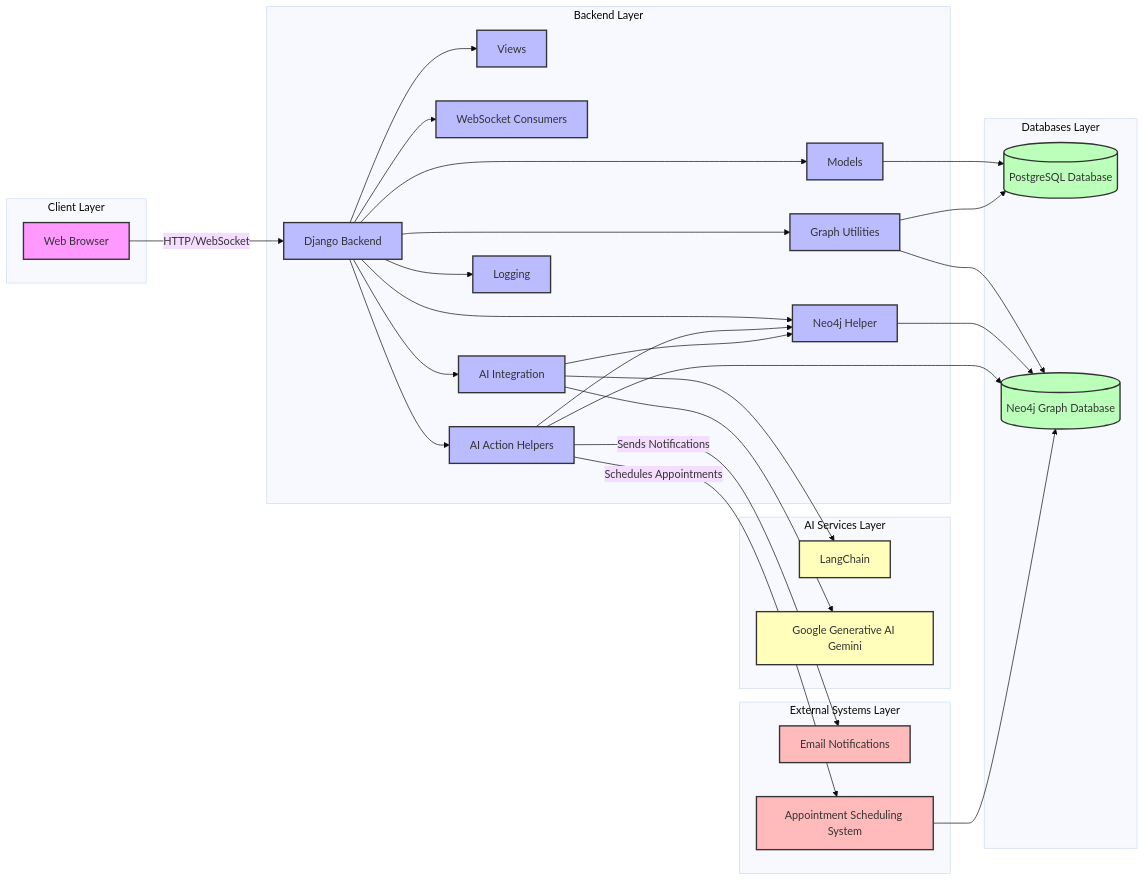
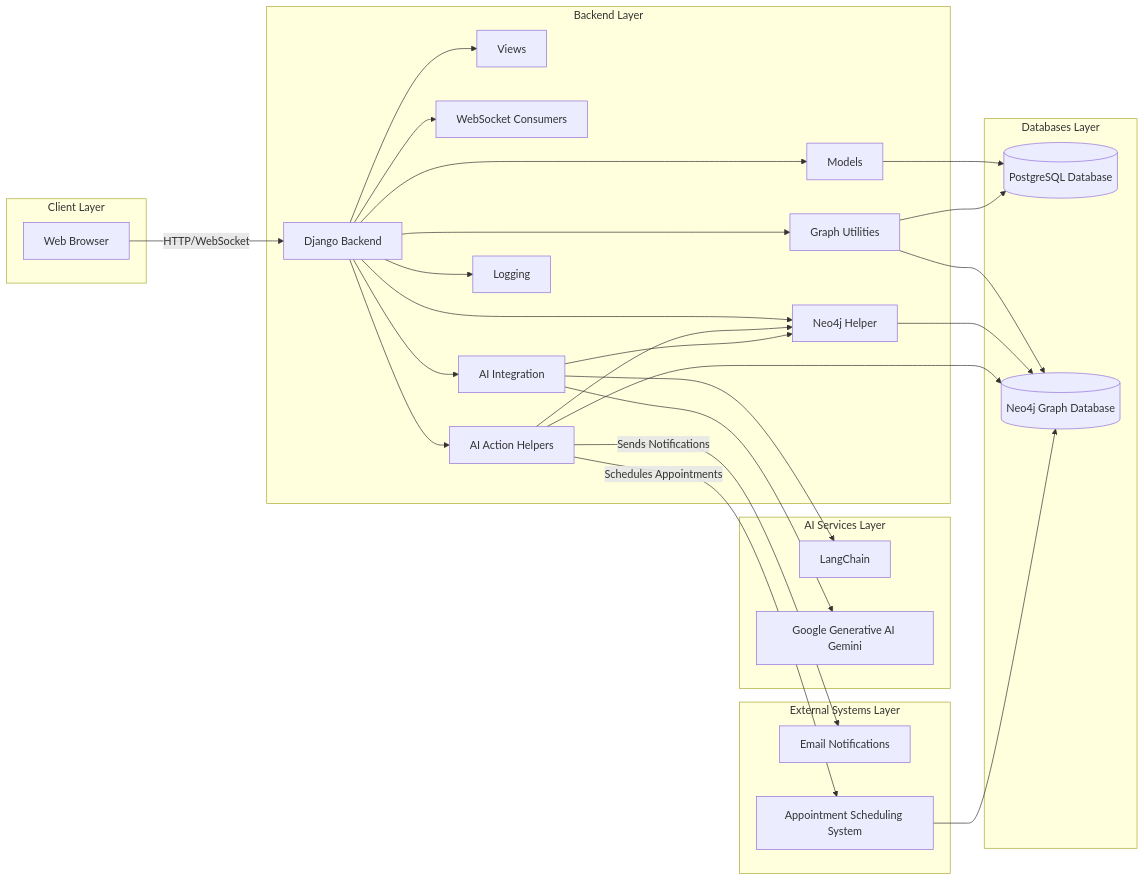
Before and after one commit to SiddanthEmani/patient_chatbot: the diagram in README.md, drawn with Mermaid.

Commit message:
Made changes to README.md

````diff
--- a/README.md
+++ b/README.md
@@ -53,142 +53,59 @@
 ```mermaid
-%%{init: {'theme': 'base', 'flowchart': {'curve': 'basis'}}}%%
+%%{init: {'theme': 'forest', 'background': #ffffff, 'flowchart': {'curve': 'basis'}, 'look': 'handDrawn', layout:'dagre'}}%%
 
 graph LR
-
-%% Styling Definitions %%
-
-classDef client fill:#f9f,stroke:#333,stroke-width:2px;
-
-classDef backend fill:#bbf,stroke:#333,stroke-width:2px;
-
-classDef databases fill:#bfb,stroke:#333,stroke-width:2px;
-
-classDef ai fill:#ffb,stroke:#333,stroke-width:2px;
-
-classDef external fill:#fbb,stroke:#333,stroke-width:2px;
-
-%% Clients %%
-
 subgraph "Client Layer"
-
 A[Web Browser]:::client
-
 end
-
-%% Django Backend %%
-
 subgraph "Backend Layer"
-
 B[Django Backend]:::backend
-
 C[Views]:::backend
-
 D[WebSocket Consumers]:::backend
-
 E[Models]:::backend
-
 F[AI Integration]:::backend
-
 G[Graph Utilities]:::backend
-
 H[Neo4j Helper]:::backend
-
 I[AI Action Helpers]:::backend
-
 J[Logging]:::backend
-
 end
-
-%% Databases %%
-
 subgraph "Databases Layer"
-
 K[(PostgreSQL Database)]:::databases
-
 L[(Neo4j Graph Database)]:::databases
-
 end
-
-%% AI Services %%
-
 subgraph "AI Services Layer"
-
 M[LangChain]:::ai
-
 N[Google Generative AI Gemini]:::ai
-
 end
-
-%% External Systems %%
-
 subgraph "External Systems Layer"
-
 O[Email Notifications]:::external
-
 P[Appointment Scheduling System]:::external
-
 end
-
-%% Interactions %%
-
 A -->|HTTP/WebSocket| B
-
 B --> C
-
 B --> D
-
 B --> E
-
 B --> F
-
 B --> G
-
 B --> H
-
 B --> I
-
 B --> J
-
-%% Backend to Databases %%
-
 E --> K
-
 G --> K
-
 G --> L
-
 H --> L
-
 I --> H
-
 I --> L
-
-%% AI Integration %%
-
 F --> M
-
 F --> N
-
 F --> H
-
-%% External Systems Interaction %%
-
 I -->|Sends Notifications| O
-
 I -->|Schedules Appointments| P
-
 P --> L
-
-%% Styling Assignments %%
-
 class A client
-
 class B,C,D,E,F,G,H,I,J backend
-
 class K,L databases
-
 class M,N ai
-
 class O,P external
 
+
 ```
````
